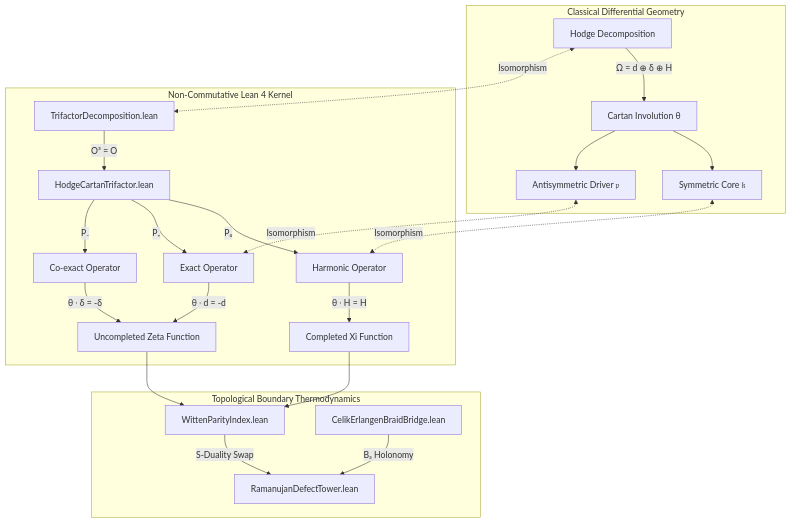
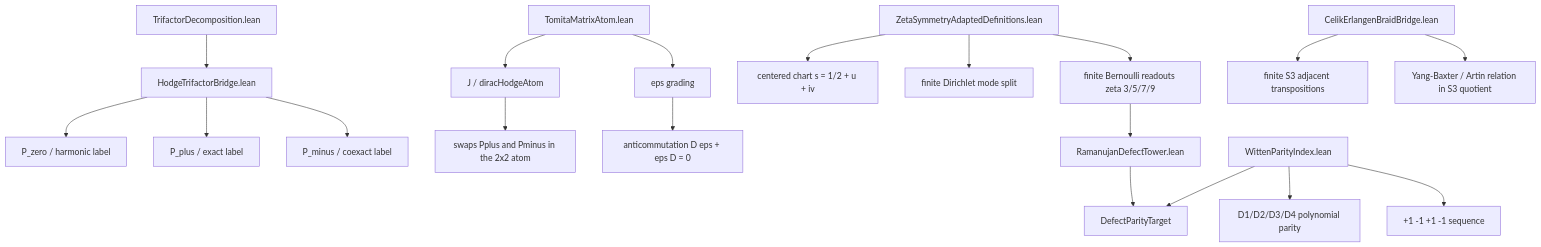
One commit to nickgou-nuke/info-geometry-lean changed the diagram in docs/ARCHITECTURAL_DEPENDENCY_MAP.md. Above: the diagram before and after it, drawn with Mermaid. The commit also changed other lines of this file and 42 other files, not shown here.

````diff
--- a/docs/ARCHITECTURAL_DEPENDENCY_MAP.md
+++ b/docs/ARCHITECTURAL_DEPENDENCY_MAP.md
@@ -7,31 +11,25 @@
 ```mermaid
 graph TD
-    subgraph "Classical Differential Geometry"
-        HD[Hodge Decomposition] -->|Ω = d ⊕ δ ⊕ H| CI[Cartan Involution θ]
-        CI --> K[Symmetric Core 𝔨]
-        CI --> P[Antisymmetric Driver 𝔭]
-    end
+    TD[TrifactorDecomposition.lean] --> HFB[HodgeTrifactorBridge.lean]
+    HFB --> P0[P_zero / harmonic label]
+    HFB --> PP[P_plus / exact label]
+    HFB --> PM[P_minus / coexact label]
 
-    subgraph "Non-Commutative Lean 4 Kernel"
-        TD[TrifactorDecomposition.lean] -->|O³ = O| HCT[HodgeCartanTrifactor.lean]
-        HCT -->|P₀| P0[Harmonic Operator]
-        HCT -->|P₊| P1[Exact Operator]
-        HCT -->|P₋| P2[Co-exact Operator]
-        
-        P0 --> |θ ⸱ H = H| Xi[Completed Xi Function]
-        P1 --> |θ ⸱ d = -d| Zeta[Uncompleted Zeta Function]
-        P2 --> |θ ⸱ δ = -δ| Zeta
-    end
+    TMA[TomitaMatrixAtom.lean] --> EPS[eps grading]
+    TMA --> J[J / diracHodgeAtom]
+    J --> SWAP[swaps Pplus and Pminus in the 2x2 atom]
+    EPS --> ANTI[anticommutation D eps + eps D = 0]
 
-    subgraph "Topological Boundary Thermodynamics"
-        WPI[WittenParityIndex.lean] --> |S-Duality Swap| RM[RamanujanDefectTower.lean]
-        CEB[CelikErlangenBraidBridge.lean] --> |B₃ Holonomy| RM
-    end
+    ZS[ZetaSymmetryAdaptedDefinitions.lean] --> CC[centered chart s = 1/2 + u + iv]
+    ZS --> DM[finite Dirichlet mode split]
+    ZS --> RB[finite Bernoulli readouts zeta 3/5/7/9]
 
-    HD <.-> |Isomorphism| TD
-    K <.-> |Isomorphism| P0
-    P <.-> |Isomorphism| P1
-    
-    Xi --> WPI
-    Zeta --> WPI
+    RDT[RamanujanDefectTower.lean] --> DPT[DefectParityTarget]
+    RB --> RDT
+    WPI[WittenParityIndex.lean] --> POLY[D1/D2/D3/D4 polynomial parity]
+    WPI --> SEQ[+1 -1 +1 -1 sequence]
+    WPI --> DPT
+
+    CEB[CelikErlangenBraidBridge.lean] --> S3[finite S3 adjacent transpositions]
+    CEB --> YB[Yang-Baxter / Artin relation in S3 quotient]
 ```
````
